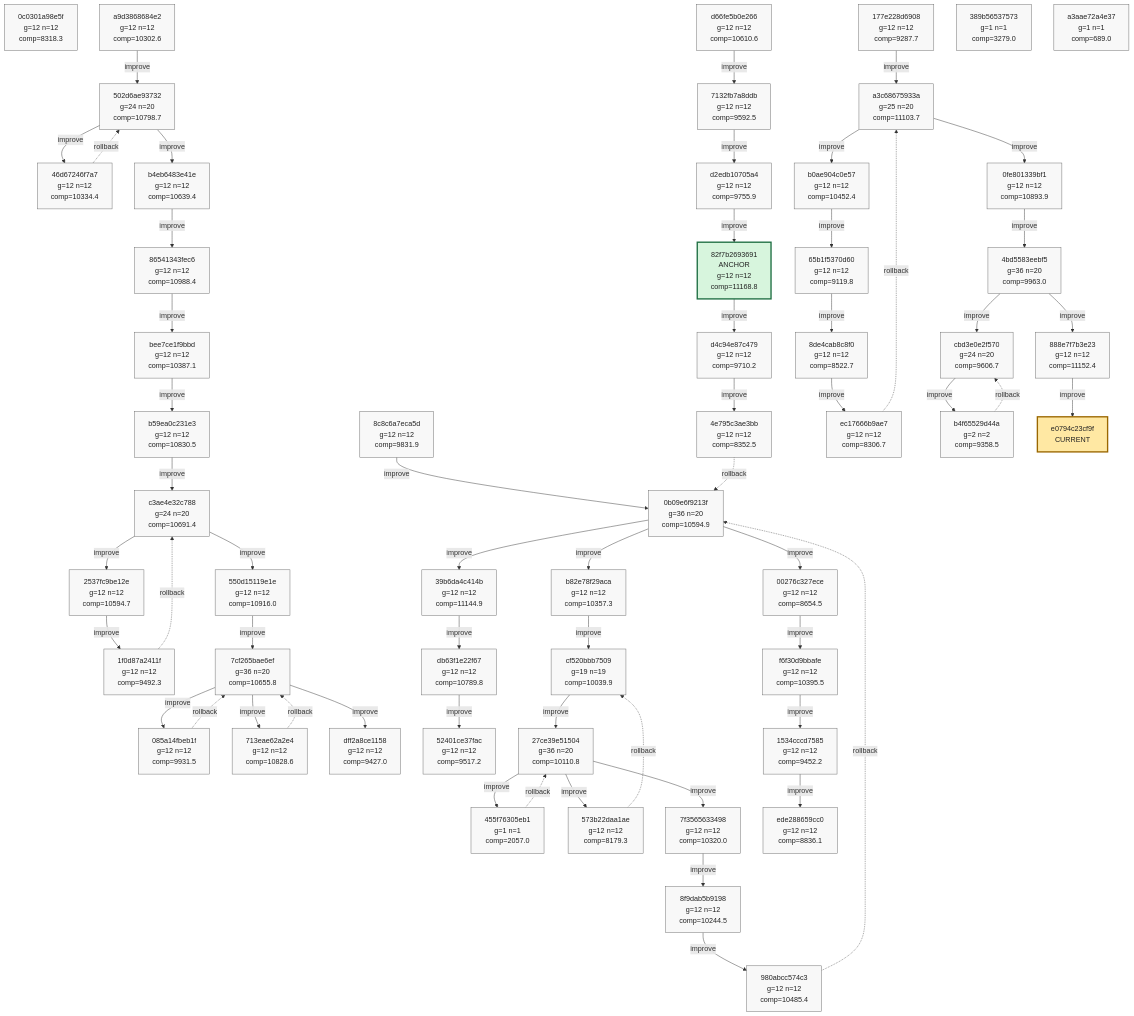
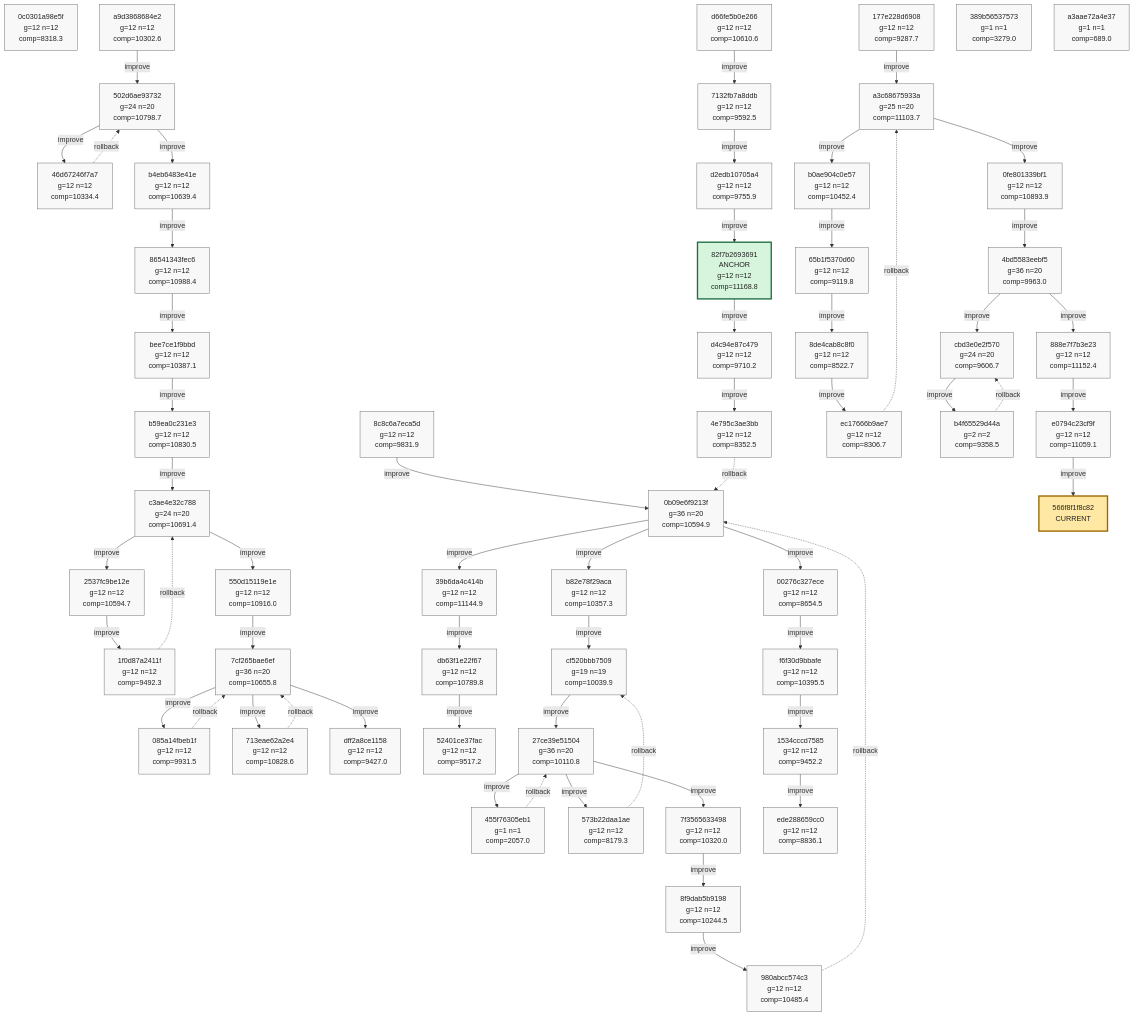
The tenth of 10 diagrams in phyrogenetic-tree.md (azumag/soviet_now), drawn with Mermaid before and after one commit. The commit also changed other lines of this file and 2 other files, not shown here.

Commit message:
eloop Improve after 12 games (scores: 10621 8225 12665 12076 11555 11882 17470 10027 13605 8144 9727 16865)

````diff
--- a/phyrogenetic-tree.md
+++ b/phyrogenetic-tree.md
@@ -2587,9 +2579,10 @@
     h_cbd3e0e2f570["cbd3e0e2f570<br/>g=24 n=20<br/>comp=9606.7"]
     h_b4f65529d44a["b4f65529d44a<br/>g=2 n=2<br/>comp=9358.5"]
     h_888e7f7b3e23["888e7f7b3e23<br/>g=12 n=12<br/>comp=11152.4"]
+    h_e0794c23cf9f["e0794c23cf9f<br/>g=12 n=12<br/>comp=11059.1"]
     h_389b56537573["389b56537573<br/>g=1 n=1<br/>comp=3279.0"]
     h_a3aae72a4e37["a3aae72a4e37<br/>g=1 n=1<br/>comp=689.0"]
-    h_e0794c23cf9f["e0794c23cf9f<br/>CURRENT"]
+    h_566f8f1f8c82["566f8f1f8c82<br/>CURRENT"]
 
     h_a9d3868684e2 -->|improve| h_502d6ae93732
     h_502d6ae93732 -->|improve| h_46d67246f7a7
@@ -2647,6 +2640,7 @@
     h_b4f65529d44a -. rollback .-> h_cbd3e0e2f570
     h_4bd5583eebf5 -->|improve| h_888e7f7b3e23
     h_888e7f7b3e23 -->|improve| h_e0794c23cf9f
+    h_e0794c23cf9f -->|improve| h_566f8f1f8c82
 
     classDef plain fill:#f8f8f8,stroke:#666,stroke-width:1px,color:#222;
     classDef current fill:#ffe8a3,stroke:#9a6700,stroke-width:3px,color:#222;
@@ -2703,7 +2697,8 @@
     class h_cbd3e0e2f570 plain;
     class h_b4f65529d44a plain;
     class h_888e7f7b3e23 plain;
+    class h_e0794c23cf9f plain;
     class h_389b56537573 plain;
     class h_a3aae72a4e37 plain;
-    class h_e0794c23cf9f current;
+    class h_566f8f1f8c82 current;
 ```
````
